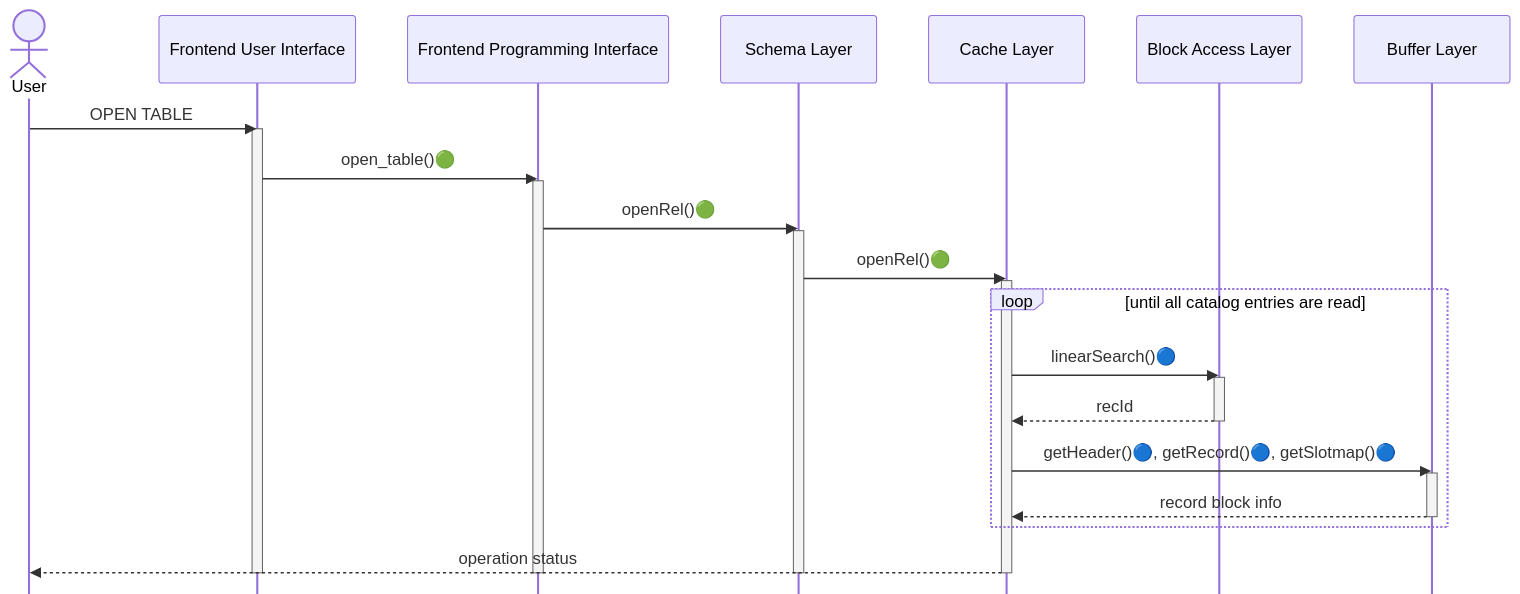
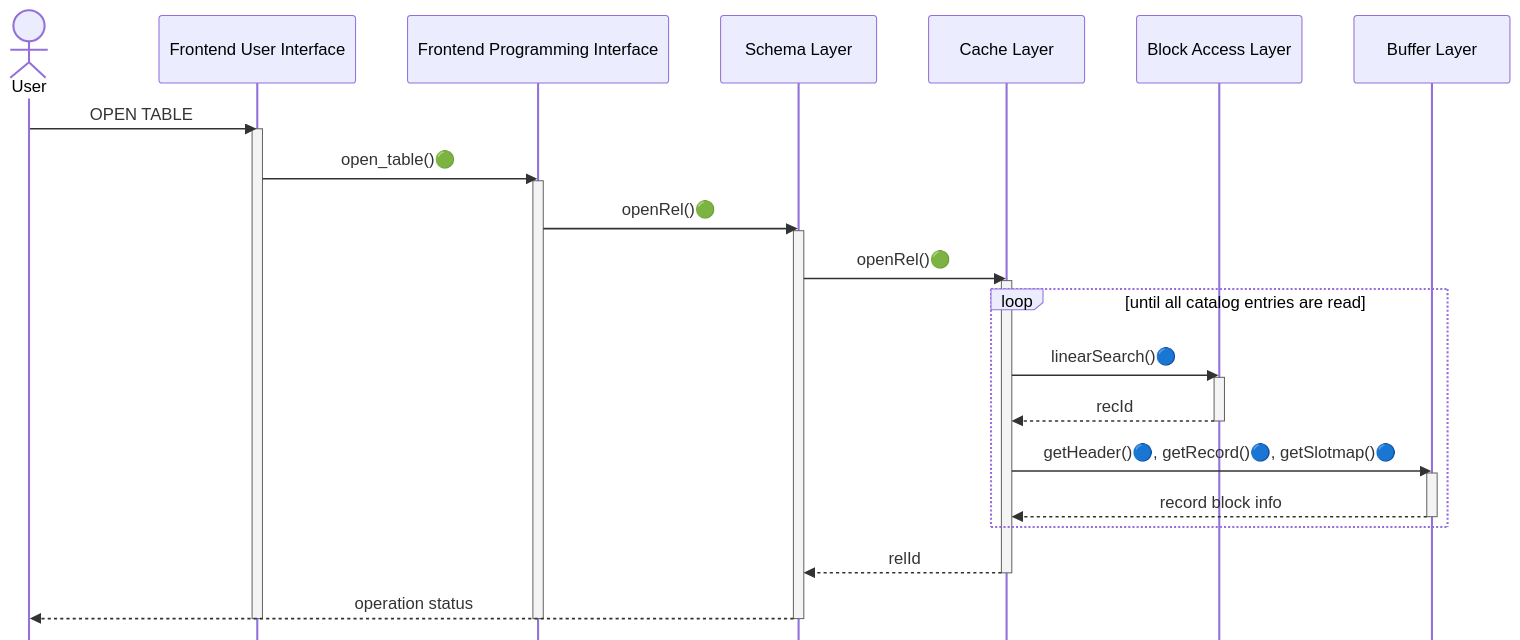
Before and after one commit to NITCbase/nitcbase.github.io: the first of 3 diagrams in docs/Roadmap/Stage05.md, drawn with Mermaid. The commit also changed other lines of this file and 1 other file, not shown here.

Commit message:
update stages to reflect cache layer changes

````diff
--- a/docs/Roadmap/Stage05.md
+++ b/docs/Roadmap/Stage05.md
@@ -46,35 +46,36 @@
 ```mermaid
  %%{init: { 'sequence': {'mirrorActors':false} } }%%
 sequenceDiagram
     actor User
     participant Frontend User Interface
     participant Frontend Programming Interface
     participant Schema Layer
     participant Cache Layer
     participant Block Access Layer
     participant Buffer Layer
     User->>Frontend User Interface: OPEN TABLE
     activate Frontend User Interface
-    Frontend User Interface->>Frontend Programming Interface:open_table()🟢
+    Frontend User Interface->>Frontend Programming Interface :open_table()🟢
     activate Frontend Programming Interface
     Frontend Programming Interface->>Schema Layer:openRel()🟢
     activate Schema Layer
     Schema Layer->>Cache Layer:openRel()🟢
     activate Cache Layer
     loop until all catalog entries are read
       Cache Layer->>Block Access Layer:linearSearch()🔵
       activate Block Access Layer
       Block Access Layer-->>Cache Layer: recId
       deactivate Block Access Layer
       Cache Layer->>Buffer Layer:getHeader()🔵, getRecord()🔵, getSlotmap()🔵
       activate Buffer Layer
       Buffer Layer-->>Cache Layer: record block info
       deactivate Buffer Layer
     end
-    Cache Layer-->>User:operation status
-    deactivate Cache Layer
+    Cache Layer-->>Schema Layer:relId
+      deactivate Cache Layer
+    Schema Layer-->>User:operation status
     deactivate Schema Layer
     deactivate Frontend Programming Interface
     deactivate Frontend User Interface
 
 ```
````
